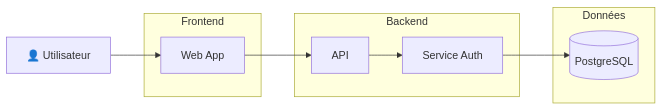
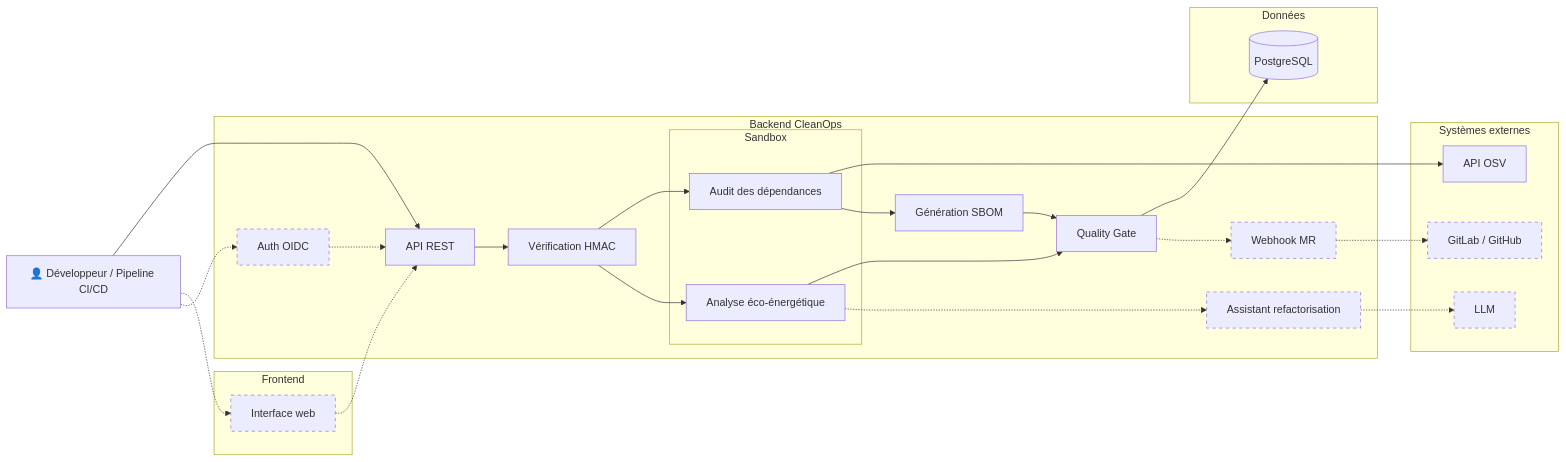
The diagram in doc/architecture_diagram.md (galahade-ncl/ensai-it-project-2a-team34), drawn with Mermaid before and after one commit.

Commit message:
Docs : diagramme d'architecture

````diff
--- a/doc/architecture_diagram.md
+++ b/doc/architecture_diagram.md
@@ -1,25 +1,59 @@
 ```mermaid
 flowchart LR
-    User["👤 Utilisateur"]
+    Client["👤 Développeur / Pipeline CI/CD"]
 
     subgraph Front["Frontend"]
-        Web["Web App"]
+        Web["Interface web"]
     end
 
-    subgraph Backend["Backend"]
-        API["API"]
-        Auth["Service Auth"]
+    subgraph Backend["Backend CleanOps"]
+        API["API REST"]
+        OIDC["Auth OIDC"]
+        HMAC["Vérification HMAC"]
+
+        subgraph Sandbox["Sandbox"]
+            Deps["Audit des dépendances"]
+            Eco["Analyse éco-énergétique"]
+        end
+
+        SBOM["Génération SBOM"]
+        Gate["Quality Gate"]
+        Webhook["Webhook MR "]
+        Refactor["Assistant refactorisation"]
     end
 
     subgraph Data["Données"]
         DB[("PostgreSQL")]
     end
 
-    User --> Web
+    subgraph External["Systèmes externes"]
+        OSV["API OSV"]
+        LLM["LLM"]
+        Git["GitLab / GitHub"]
+    end
 
-    Web --> API
+    Client --> API
+    Client -.-> Web
+    Web -.-> API
+    Client -.-> OIDC
+    OIDC -.-> API
 
-    API --> Auth
+    API --> HMAC
+    HMAC --> Deps
+    HMAC --> Eco
 
-    Auth --> DB
+    Deps --> OSV
+    Deps --> SBOM
+    SBOM --> Gate
+    Eco --> Gate
+
+    Eco -.-> Refactor
+    Refactor -.-> LLM
+
+    Gate --> DB
+    Gate -.-> Webhook
+    Webhook -.-> Git
+
+    classDef optional stroke-dasharray: 5 5
+    class Web,OIDC,Webhook,Refactor,LLM,Git optional
 ```
````
